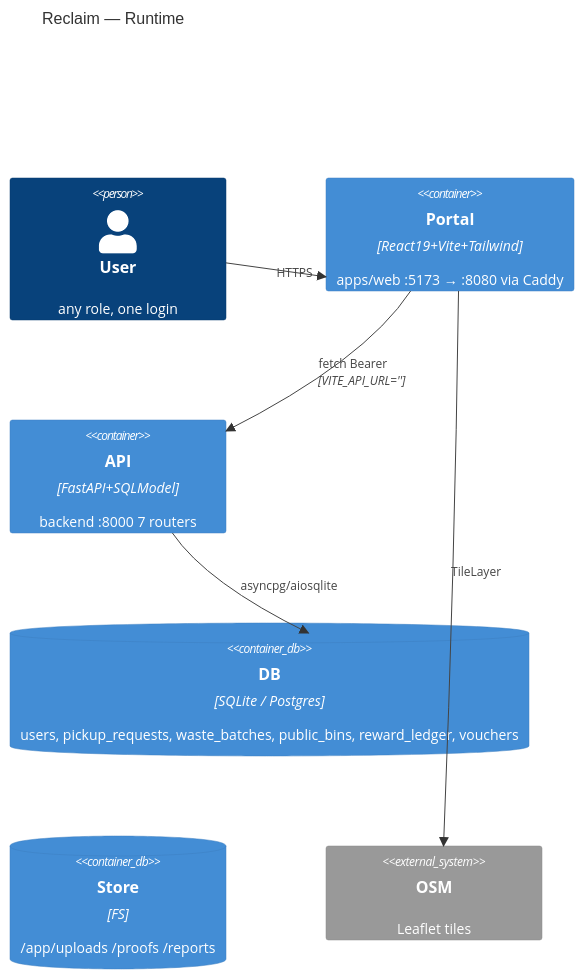
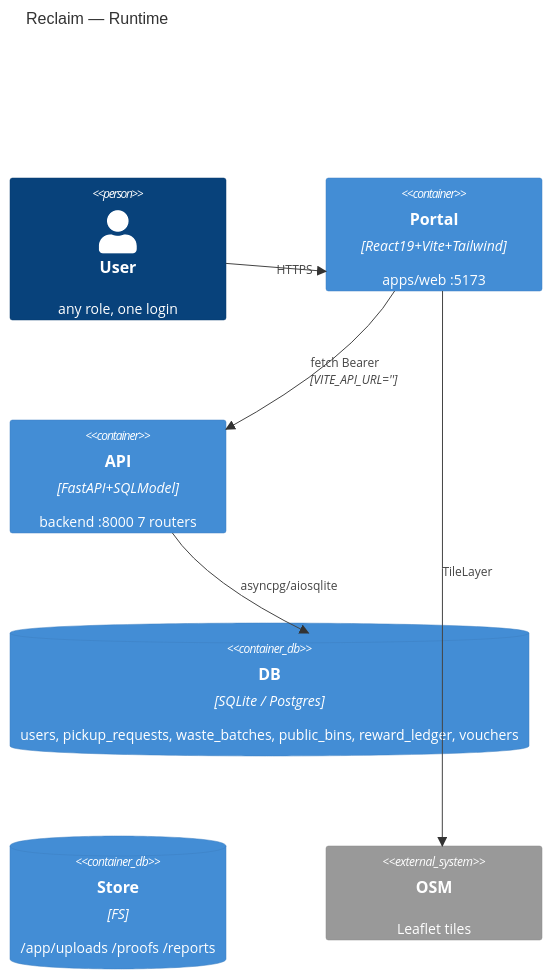
Before and after one commit to Paranthaman-Dev/waste-managment-system: the diagram in README.md, drawn with Mermaid. The commit also changed other lines of this file, not shown here.

````diff
--- a/README.md
+++ b/README.md
@@ -59,14 +55,14 @@
 ```mermaid
 C4Container
 title Reclaim — Runtime
 Person(user, "User", "any role, one login")
-Container(web, "Portal", "React19+Vite+Tailwind", "apps/web :5173 → :8080 via Caddy")
+Container(web, "Portal", "React19+Vite+Tailwind", "apps/web :5173")
 Container(api, "API", "FastAPI+SQLModel", "backend :8000 7 routers")
 ContainerDb(db, "DB", "SQLite / Postgres", "users, pickup_requests, waste_batches, public_bins, reward_ledger, vouchers")
 ContainerDb(uploads, "Store", "FS", "/app/uploads /proofs /reports")
 System_Ext(osm, "OSM", "Leaflet tiles")
 Rel(user, web, "HTTPS", "")
 Rel(web, api, "fetch Bearer", "VITE_API_URL=''")
 Rel(api, db, "asyncpg/aiosqlite", "")
 Rel(web, osm, "TileLayer", "")
 ```
````
